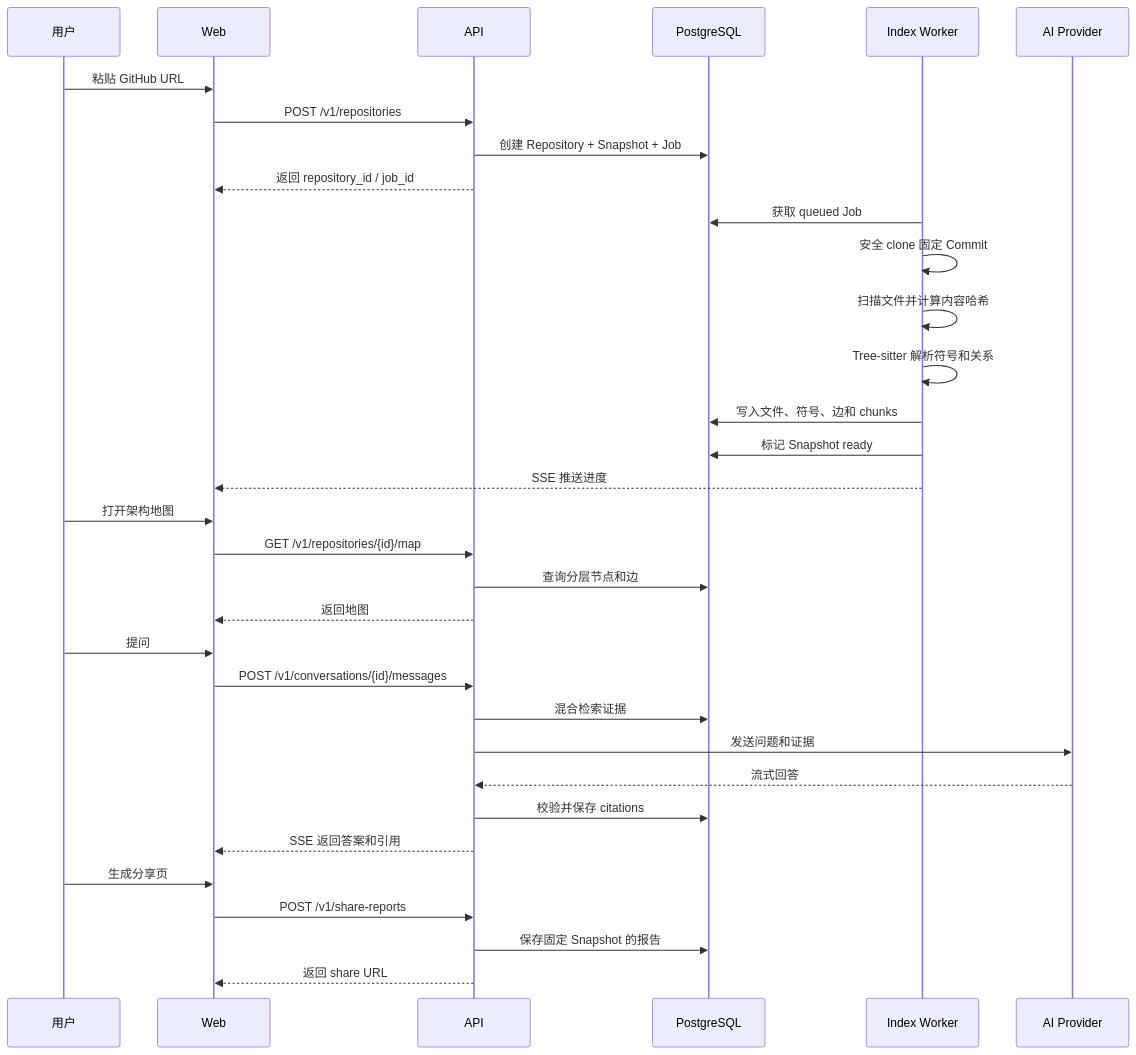
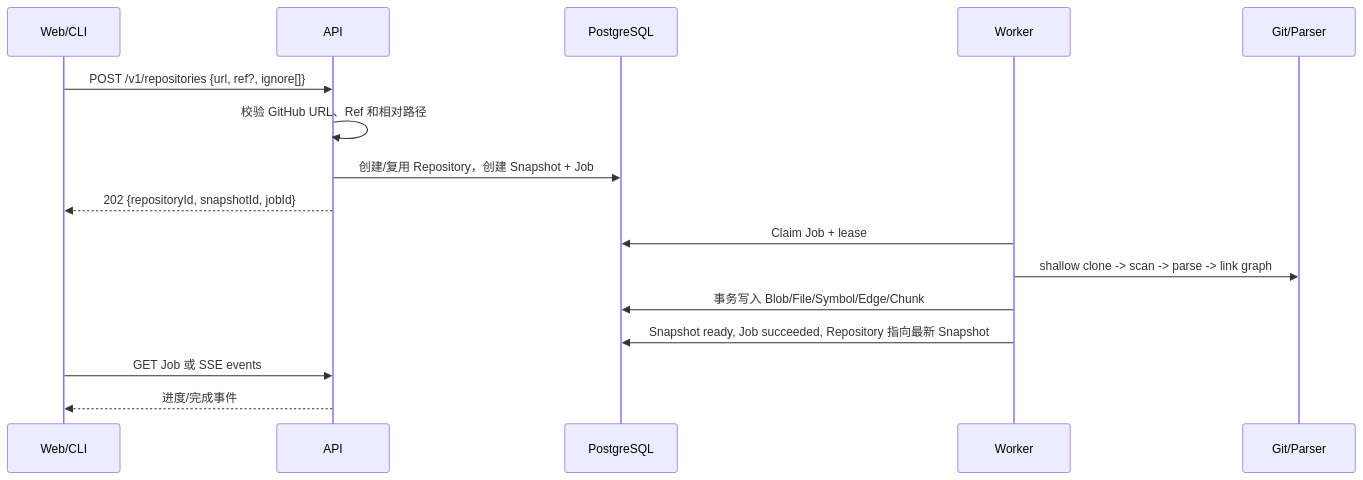
Before and after one commit to githubyangjiaxun/repovista: the first of 2 diagrams in docs/architecture/领域模型与数据流.md, drawn with Mermaid. The commit also changed other lines of this file and 19 other files, not shown here.

````diff
--- a/docs/architecture/领域模型与数据流.md
+++ b/docs/architecture/领域模型与数据流.md
@@ -35,36 +23,19 @@
-~~~mermaid
+```mermaid
 sequenceDiagram
-    participant User as 用户
-    participant Web as Web
-    participant API as API
-    participant DB as PostgreSQL
-    participant Worker as Index Worker
-    participant Model as AI Provider
+    participant U as Web/CLI
+    participant A as API
+    participant P as PostgreSQL
+    participant W as Worker
+    participant G as Git/Parser
 
-    User->>Web: 粘贴 GitHub URL
-    Web->>API: POST /v1/repositories
-    API->>DB: 创建 Repository + Snapshot + Job
-    API-->>Web: 返回 repository_id / job_id
-    Worker->>DB: 获取 queued Job
-    Worker->>Worker: 安全 clone 固定 Commit
-    Worker->>Worker: 扫描文件并计算内容哈希
-    Worker->>Worker: Tree-sitter 解析符号和关系
-    Worker->>DB: 写入文件、符号、边和 chunks
-    Worker->>DB: 标记 Snapshot ready
-    Worker-->>Web: SSE 推送进度
-    User->>Web: 打开架构地图
-    Web->>API: GET /v1/repositories/{id}/map
-    API->>DB: 查询分层节点和边
-    API-->>Web: 返回地图
-    User->>Web: 提问
-    Web->>API: POST /v1/conversations/{id}/messages
-    API->>DB: 混合检索证据
-    API->>Model: 发送问题和证据
-    Model-->>API: 流式回答
-    API->>DB: 校验并保存 citations
-    API-->>Web: SSE 返回答案和引用
-    User->>Web: 生成分享页
-    Web->>API: POST /v1/share-reports
-    API->>DB: 保存固定 Snapshot 的报告
-    API-->>Web: 返回 share URL
-~~~
+    U->>A: POST /v1/repositories {url, ref?, ignore[]}
+    A->>A: 校验 GitHub URL、Ref 和相对路径
+    A->>P: 创建/复用 Repository，创建 Snapshot + Job
+    A-->>U: 202 {repositoryId, snapshotId, jobId}
+    W->>P: Claim Job + lease
+    W->>G: shallow clone -> scan -> parse -> link graph
+    W->>P: 事务写入 Blob/File/Symbol/Edge/Chunk
+    W->>P: Snapshot ready, Job succeeded, Repository 指向最新 Snapshot
+    U->>A: GET Job 或 SSE events
+    A-->>U: 进度/完成事件
+```
````
